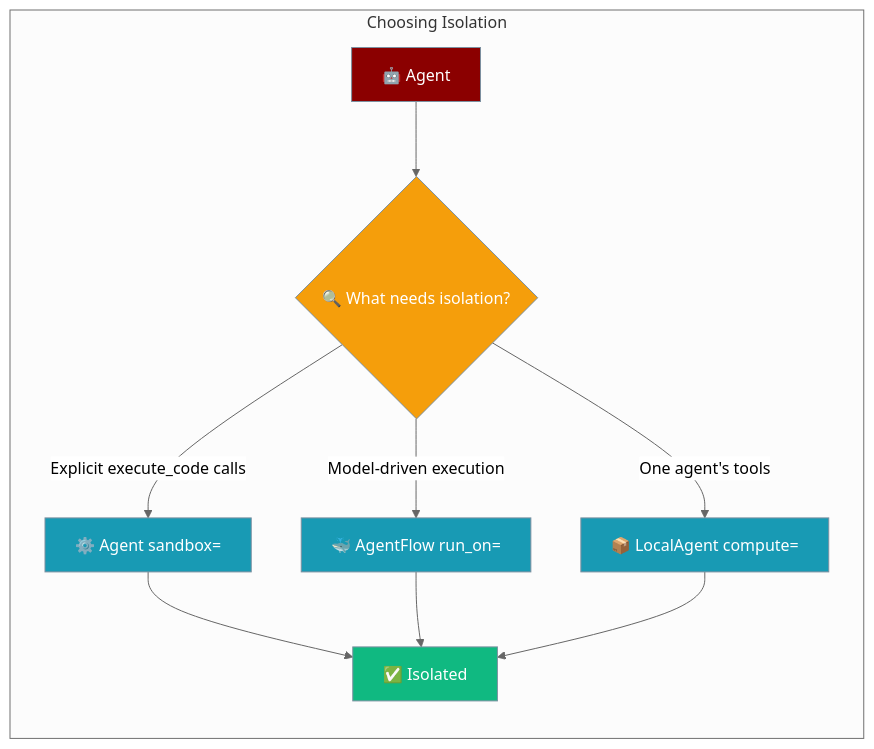
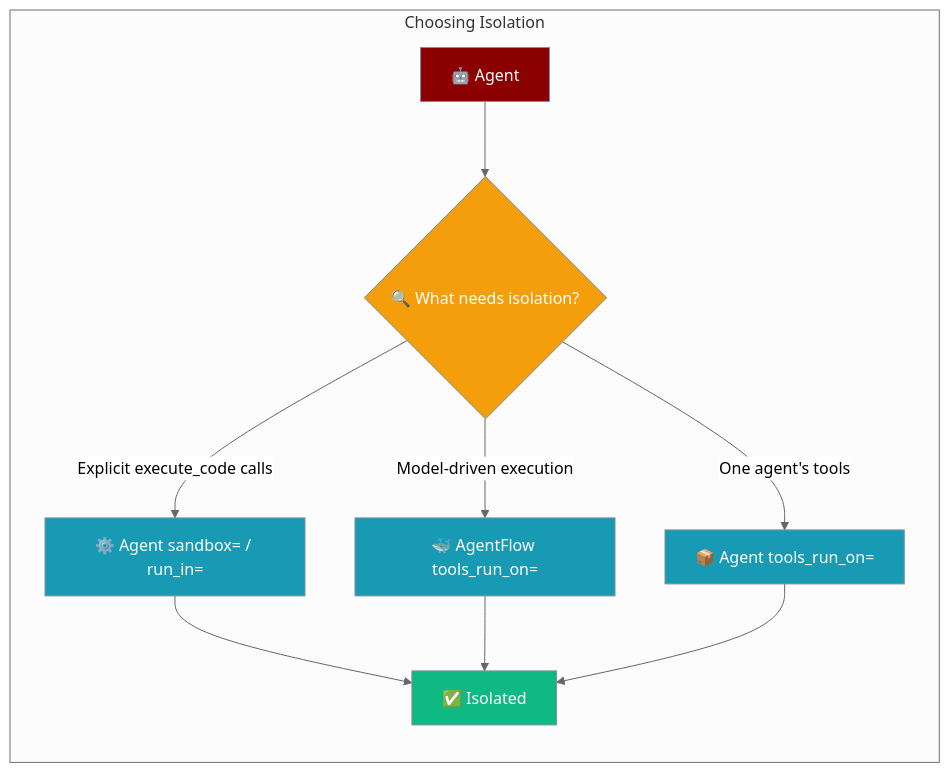
One commit to MervinPraison/PraisonAIDocs changed the diagram in docs/features/sandbox-guarantees.mdx. Above: the diagram before and after it, drawn with Mermaid (neutral theme). The commit also changed other lines of this file and 20 other files, not shown here.

First line of the commit message:
docs: unify placement vocabulary (run_on / tools_run_on / run_in) after PraisonAI #4068 (fixes #3052)

````diff
--- a/docs/features/sandbox-guarantees.mdx
+++ b/docs/features/sandbox-guarantees.mdx
@@ -10,22 +10,22 @@
 ```mermaid
 graph LR
     subgraph "Choosing Isolation"
         A[🤖 Agent] --> Q{🔍 What needs isolation?}
-        Q -->|Explicit execute_code calls| E[⚙️ Agent sandbox=]
-        Q -->|Model-driven execution| F[🐳 AgentFlow run_on=]
-        Q -->|One agent's tools| L[📦 LocalAgent compute=]
+        Q -->|Explicit execute_code calls| E[⚙️ Agent sandbox= / run_in=]
+        Q -->|Model-driven execution| F[🐳 AgentFlow tools_run_on=]
+        Q -->|One agent's tools| L[📦 Agent tools_run_on=]
         E --> R[✅ Isolated]
         F --> R
         L --> R
     end
 
     classDef agent fill:#8B0000,stroke:#7C90A0,color:#fff
     classDef question fill:#F59E0B,stroke:#7C90A0,color:#fff
     classDef surface fill:#189AB4,stroke:#7C90A0,color:#fff
     classDef result fill:#10B981,stroke:#7C90A0,color:#fff
 
     class A agent
     class Q question
     class E,F,L surface
     class R result
 ```
````
